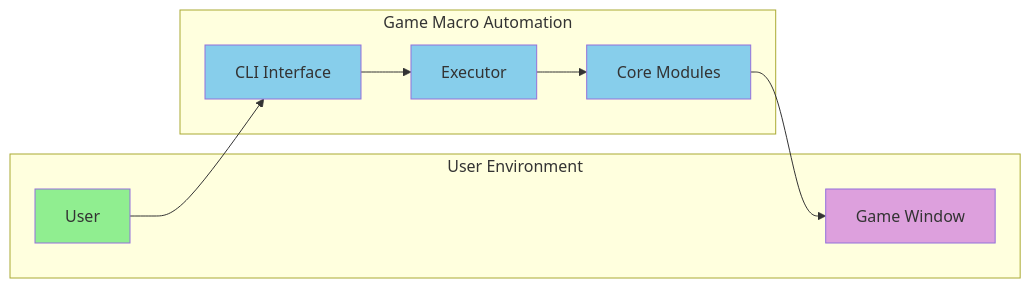
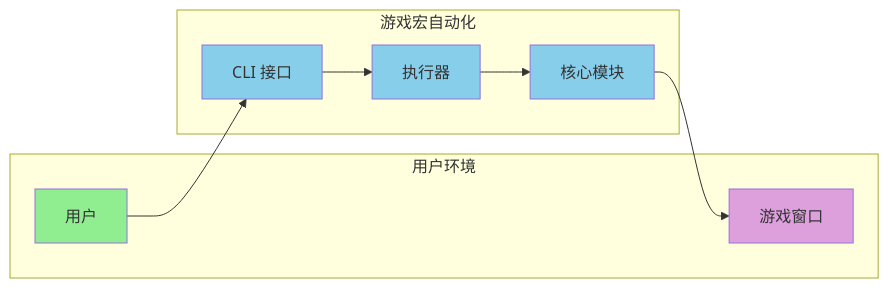
One commit to Ts-sound/GameMacroAutomation changed the fourth of 4 diagrams in docs/design/README.md. Above: the diagram before and after it, drawn with Mermaid. The commit also changed other lines of this file and 7 other files, not shown here.

````diff
--- a/docs/design/README.md
+++ b/docs/design/README.md
@@ -276,25 +276,25 @@
 ```mermaid
 graph LR
-    subgraph User["User Environment"]
-        USER[User]
-        GAME[Game Window]
+    subgraph 用户环境["用户环境"]
+        USER[用户]
+        GAME[游戏窗口]
     end
 
-    subgraph Application["Game Macro Automation"]
-        CLI[CLI Interface]
-        EXE[Executor]
-        CORE[Core Modules]
+    subgraph 应用["游戏宏自动化"]
+        CLI[CLI 接口]
+        EXE[执行器]
+        CORE[核心模块]
     end
 
     USER --> CLI
     CLI --> EXE
     EXE --> CORE
     CORE --> GAME
 
     classDef user fill:#90EE90
     classDef app fill:#87CEEB
     classDef target fill:#DDA0DD
     class USER,GAME user
     class CLI,EXE,CORE app
     class GAME target
 ```
````
